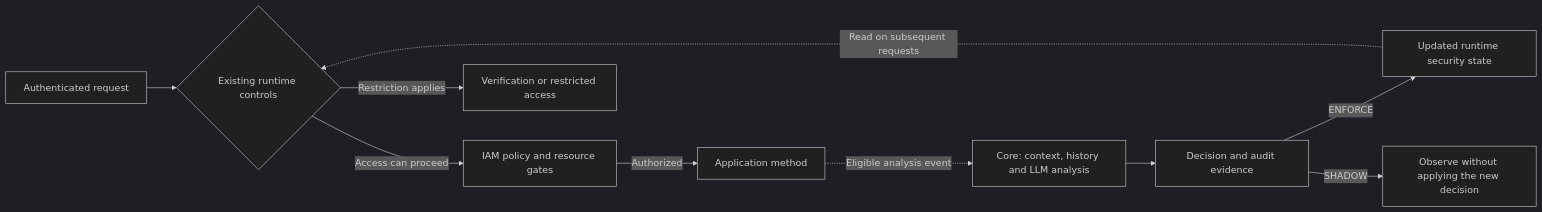
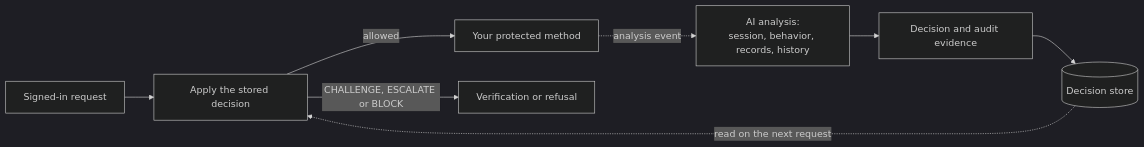
Before and after one commit to contexa-security/contexa: the diagram in README.md, drawn with Mermaid (dark theme). The commit also changed other lines of this file, not shown here.

First line of the commit message:
Rewrite the README around the decision and its evidence

````diff
--- a/README.md
+++ b/README.md
@@ -169,12 +54,10 @@
 ```mermaid
 flowchart LR
-    A[Authenticated request] --> B{Existing runtime controls}
-    B -->|Access can proceed| C[IAM policy and resource gates]
-    B -->|Restriction applies| R[Verification or restricted access]
-    C -->|Authorized| D[Application method]
-    D -. Eligible analysis event .-> E[Core: context, history and LLM analysis]
-    E --> F[Decision and audit evidence]
-    F -->|ENFORCE| G[Updated runtime security state]
-    G -. Read on subsequent requests .-> B
-    F -->|SHADOW| H[Observe without applying the new decision]
+    A[Signed-in request] --> B[Apply the stored decision]
+    B -->|allowed| C[Your protected method]
+    B -->|CHALLENGE, ESCALATE or BLOCK| X[Verification or refusal]
+    C -. analysis event .-> D[AI analysis:<br/>session, behavior, records, history]
+    D --> E[Decision and audit evidence]
+    E --> F[(Decision store)]
+    F -. read on the next request .-> B
 ```
````
